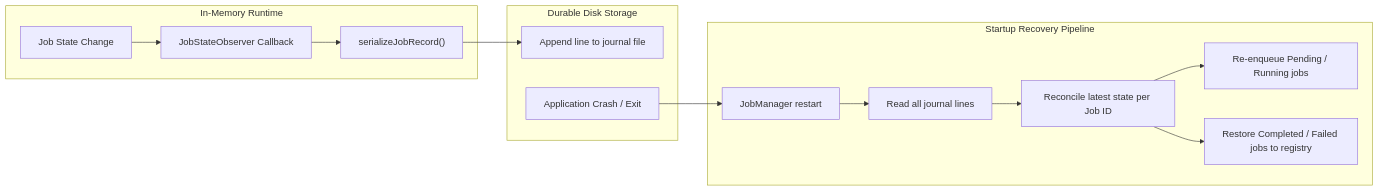
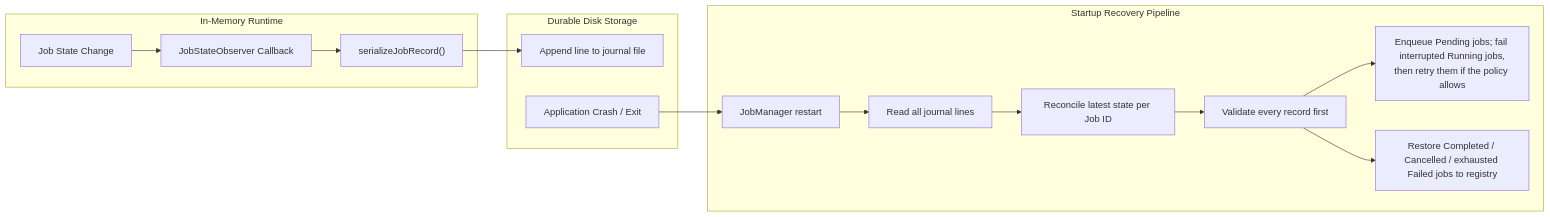
One commit to chaten99/JobQ changed the fourth of 4 diagrams in docs/architecture.md. Above: the diagram before and after it, drawn with Mermaid. The commit also changed other lines of this file and 18 other files, not shown here.

````diff
--- a/docs/architecture.md
+++ b/docs/architecture.md
@@ -167,20 +167,21 @@
 ```mermaid
 flowchart LR
     subgraph Runtime ["In-Memory Runtime"]
         Job["Job State Change"] --> Obs["JobStateObserver Callback"]
         Obs --> Ser["serializeJobRecord()"]
     end
 
     subgraph Storage ["Durable Disk Storage"]
         Ser --> Append["Append line to journal file"]
         Crash["Application Crash / Exit"]
     end
 
     subgraph Recovery ["Startup Recovery Pipeline"]
         Crash --> Restart["JobManager restart"]
         Restart --> Read["Read all journal lines"]
         Read --> Reconcile["Reconcile latest state per Job ID"]
-        Reconcile --> EnqueuePending["Re-enqueue Pending / Running jobs"]
-        Reconcile --> RestoreCompleted["Restore Completed / Failed jobs to registry"]
+        Reconcile --> Validate["Validate every record first"]
+        Validate --> EnqueuePending["Enqueue Pending jobs; fail interrupted Running jobs,<br>then retry them if the policy allows"]
+        Validate --> RestoreCompleted["Restore Completed / Cancelled / exhausted Failed jobs to registry"]
     end
 ```
````
